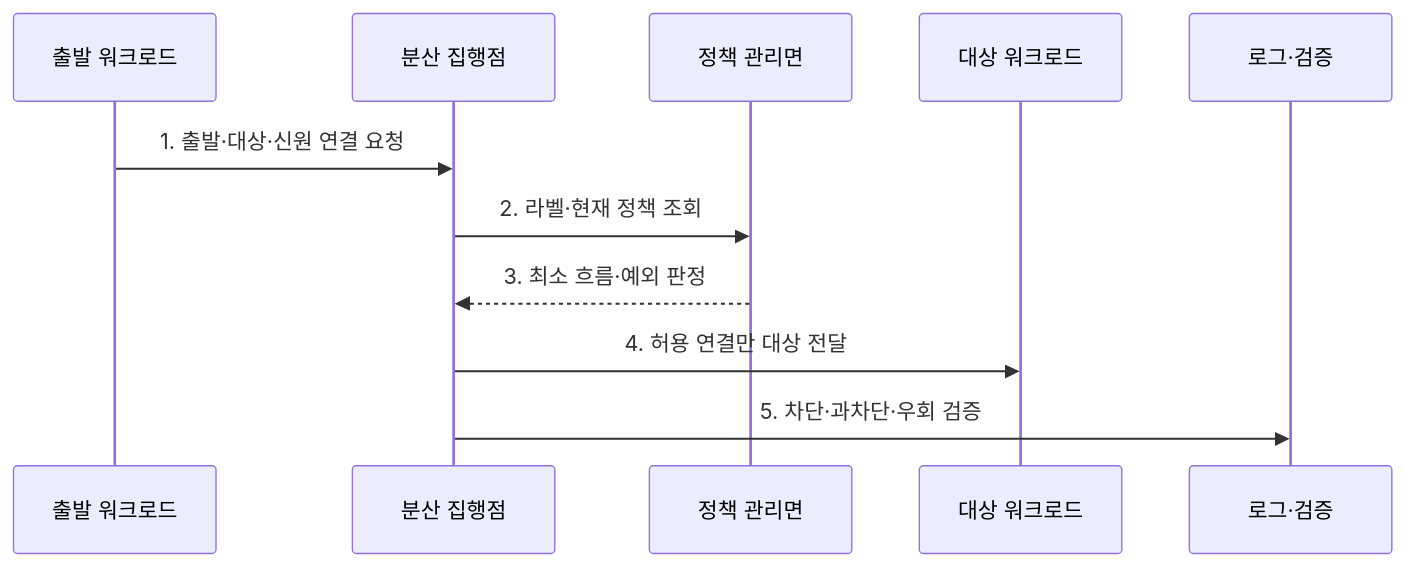
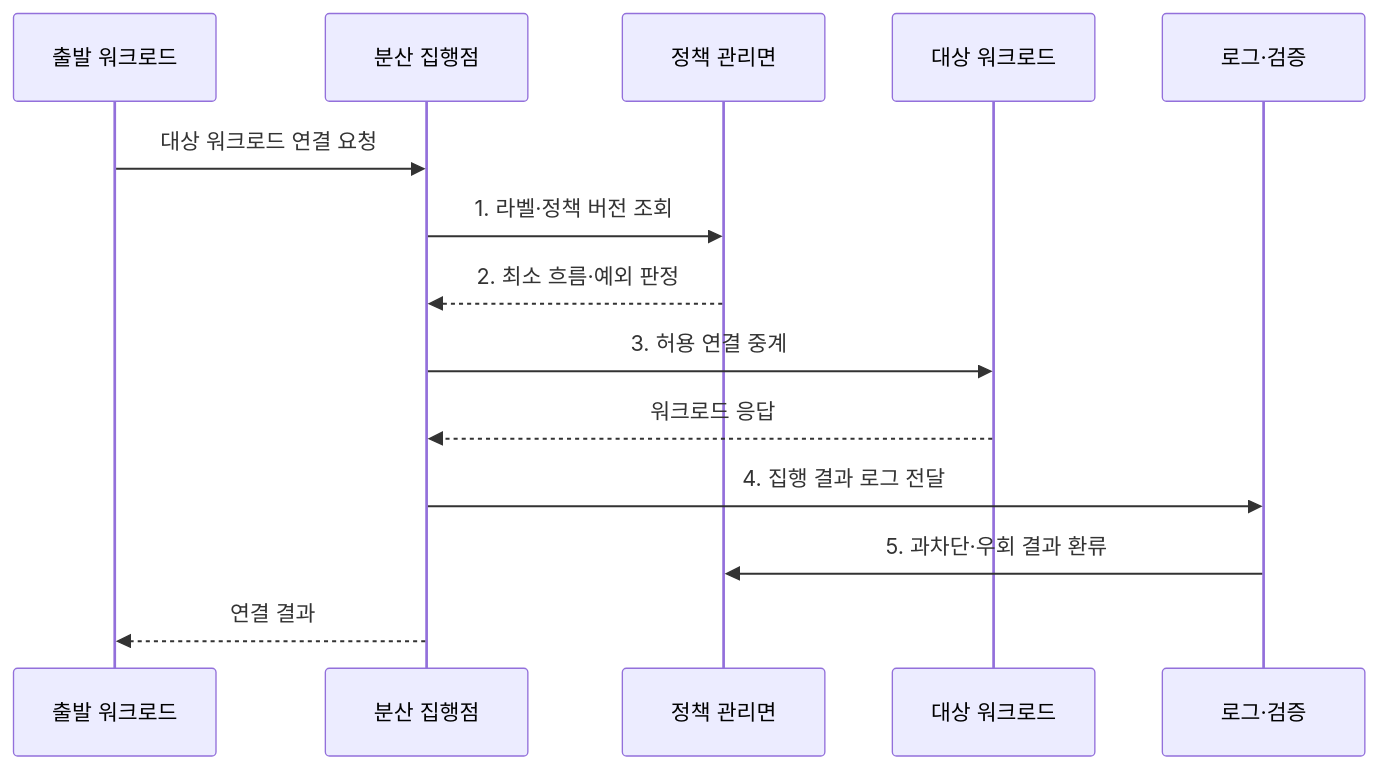
One commit to agnusdei1207/knowledge-base changed the second of 2 diagrams in src/content/docs/notes/05-security/065_micro_segmentation.md. Above: the diagram before and after it, drawn with Mermaid. The commit also changed other lines of this file and 20 other files, not shown here.

````diff
--- a/src/content/docs/notes/05-security/065_micro_segmentation.md
+++ b/src/content/docs/notes/05-security/065_micro_segmentation.md
@@ -86,13 +93,16 @@
 ```mermaid
 sequenceDiagram
     participant S as 출발 워크로드
     participant E as 분산 집행점
     participant P as 정책 관리면
     participant D as 대상 워크로드
     participant L as 로그·검증
-    S->>E: 1. 출발·대상·신원 연결 요청
-    E->>P: 2. 라벨·현재 정책 조회
-    P-->>E: 3. 최소 흐름·예외 판정
-    E->>D: 4. 허용 연결만 대상 전달
-    E->>L: 5. 차단·과차단·우회 검증
+    S->>E: 대상 워크로드 연결 요청
+    E->>P: 1. 라벨·정책 버전 조회
+    P-->>E: 2. 최소 흐름·예외 판정
+    E->>D: 3. 허용 연결 중계
+    D-->>E: 워크로드 응답
+    E->>L: 4. 집행 결과 로그 전달
+    L->>P: 5. 과차단·우회 결과 환류
+    E-->>S: 연결 결과
 ```
````
